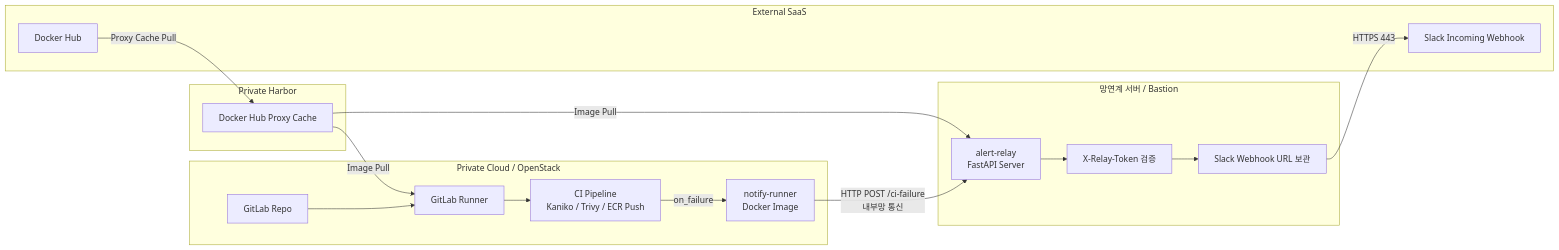
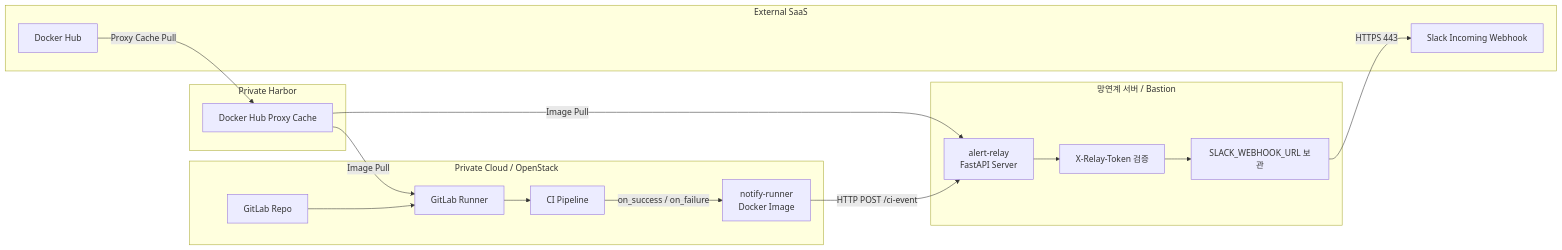
One commit to Seungmin-Jeong2001/hybrid-ai-serving-platform-jeong changed the diagram in infra-alert-images/README.md. Above: the diagram before and after it, drawn with Mermaid. The commit also changed other lines of this file and 3 other files, not shown here.

````diff
--- a/infra-alert-images/README.md
+++ b/infra-alert-images/README.md
@@ -34,37 +34,36 @@
 ```mermaid
 flowchart LR
     subgraph Private["Private Cloud / OpenStack"]
         GitLab["GitLab Repo"]
         Runner["GitLab Runner"]
-        Pipeline["CI Pipeline<br/>Kaniko / Trivy / ECR Push"]
+        Pipeline["CI Pipeline"]
         Notify["notify-runner<br/>Docker Image"]
     end
 
     subgraph Harbor["Private Harbor"]
         Proxy["Docker Hub Proxy Cache"]
     end
 
     subgraph Bastion["망연계 서버 / Bastion"]
         Relay["alert-relay<br/>FastAPI Server"]
         Token["X-Relay-Token 검증"]
-        SlackSecret["Slack Webhook URL 보관"]
+        SlackSecret["SLACK_WEBHOOK_URL 보관"]
     end
 
     subgraph External["External SaaS"]
         DockerHub["Docker Hub"]
         Slack["Slack Incoming Webhook"]
     end
 
     GitLab --> Runner
     Runner --> Pipeline
-    Pipeline -- "on_failure" --> Notify
-
-    Notify -- "HTTP POST /ci-failure<br/>내부망 통신" --> Relay
+    Pipeline -- "on_success / on_failure" --> Notify
+    Notify -- "HTTP POST /ci-event" --> Relay
     Relay --> Token
     Token --> SlackSecret
     SlackSecret -- "HTTPS 443" --> Slack
 
     DockerHub -- "Proxy Cache Pull" --> Proxy
     Proxy -- "Image Pull" --> Runner
     Proxy -- "Image Pull" --> Relay
 ```
````
